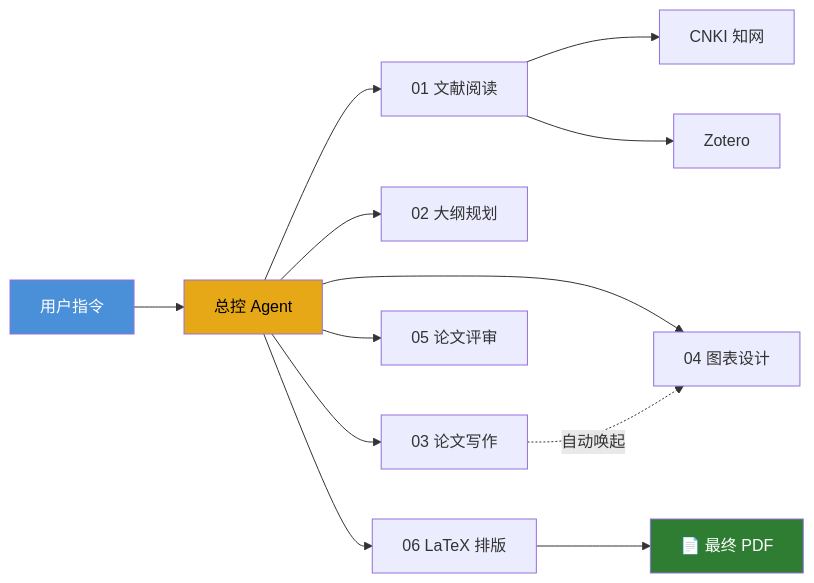
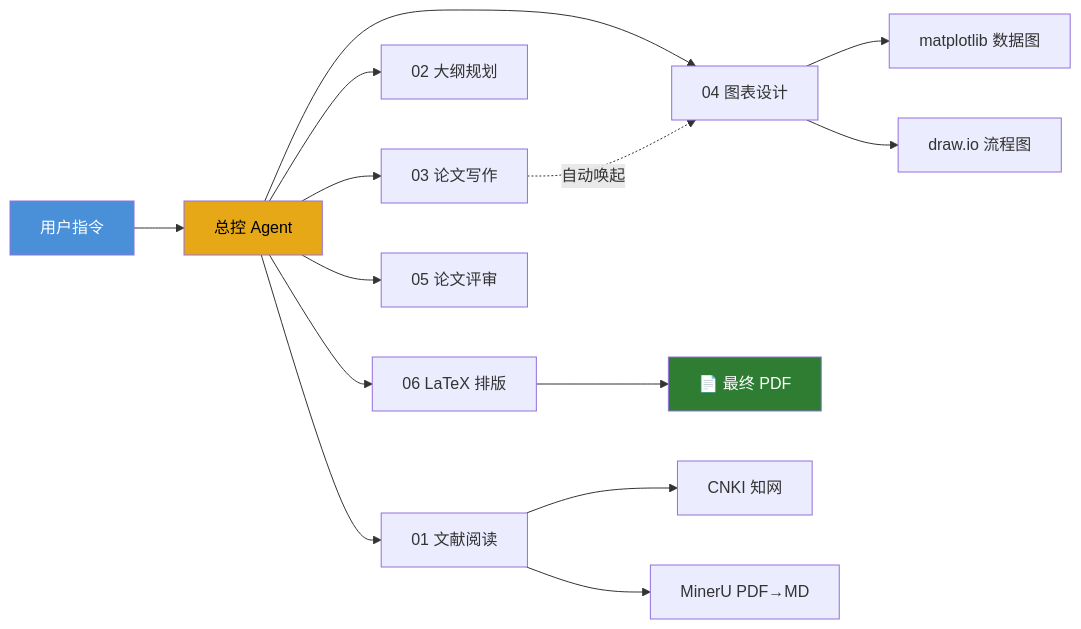
Before and after one commit to chienchen-png/MCM-Writer-Agent-CN: the first of 2 diagrams in README.md, drawn with Mermaid. The commit also changed other lines of this file and 18 other files, not shown here.

First line of the commit message:
V1.6: 图表系统双模式升级 + 结构优化 + 全局审计

````diff
--- a/README.md
+++ b/README.md
@@ -45,18 +29,20 @@
 ```mermaid
 graph LR
     A[用户指令] --> B[总控 Agent]
     B --> C[01 文献阅读]
     B --> D[02 大纲规划]
     B --> E[03 论文写作]
     B --> F[04 图表设计]
     B --> G[05 论文评审]
     B --> H[06 LaTeX 排版]
     E -.->|自动唤起| F
     H --> I[📄 最终 PDF]
     C --> J[CNKI 知网]
-    C --> K[Zotero]
+    C --> K[MinerU PDF→MD]
+    F --> L[matplotlib 数据图]
+    F --> M[draw.io 流程图]
     
     style A fill:#4A90D9,color:#fff
     style B fill:#E6A817,color:#000
     style I fill:#2E7D32,color:#fff
 ```
````
